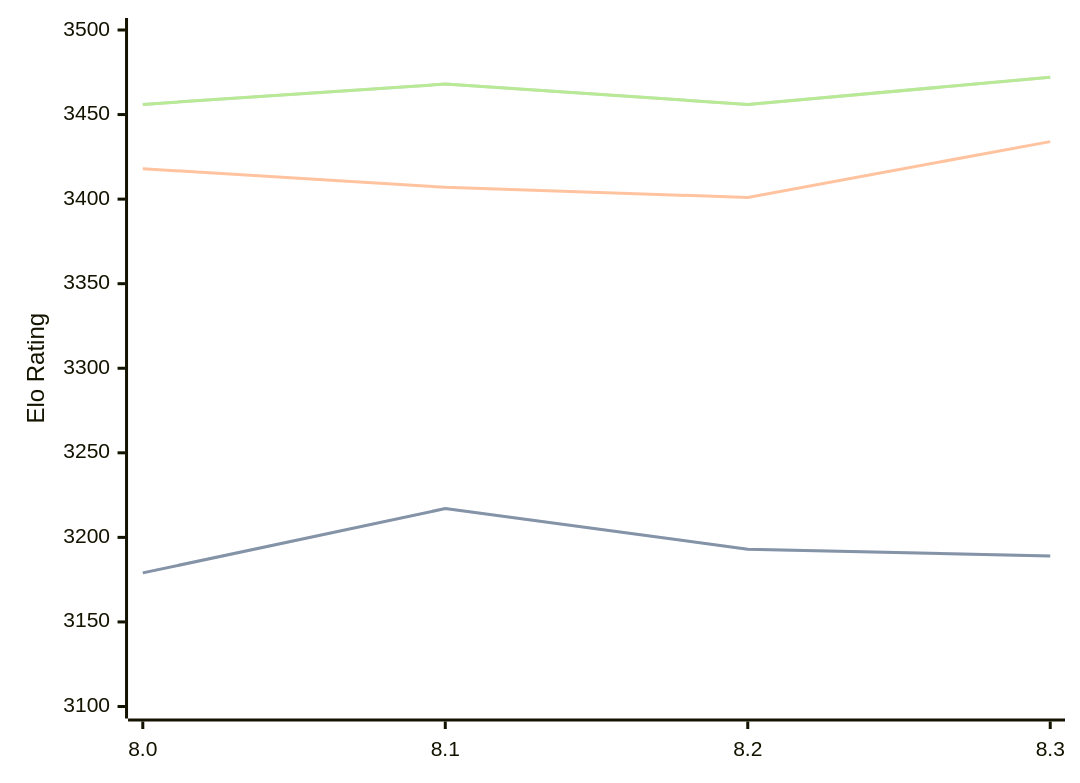
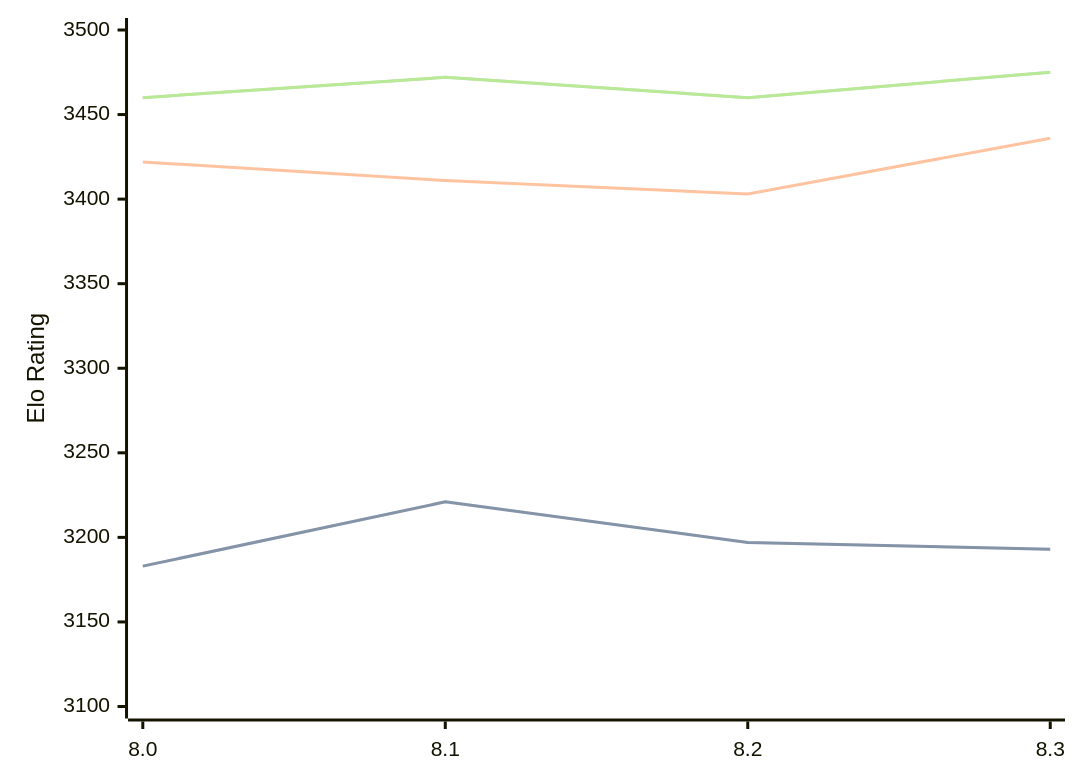
One commit to computer-chess-index/cci changed the diagram in engines/Alexander.md. Above: the diagram before and after it, drawn with Mermaid. The commit also changed other lines of this file, not shown here.

Commit message:
Update CCI Ratings (ELO VLTC) - 2026-05-02

````diff
--- a/engines/Alexander.md
+++ b/engines/Alexander.md
@@ -48,11 +48,11 @@
 ```mermaid
 %%{init: {"theme":"base","themeVariables":{"seriesColors:['#a3a3a3','#222221','#faa371']}}}%%
 xychart-beta
   x-axis ["8.0", "8.1", "8.2", "8.3"]
   y-axis "Elo Rating" 3100 --> 3500
-  line "STC (8.0+0.08s)" [3179, 3217, 3193, 3189]
-  line "STC (8.0+0.08s)" [3179, 3217, 3193, 3189]
-  line "LTC (60.0+0.60s)" [3418, 3407, 3401, 3434]
-  line "VLTC (2m24s+1.12s)" [3456, 3468, 3456, 3472]
-  line "VLTC (2m24s+1.12s)" [3456, 3468, 3456, 3472]
+  line "STC (8.0+0.08s)" [3183, 3221, 3197, 3193]
+  line "STC (8.0+0.08s)" [3183, 3221, 3197, 3193]
+  line "LTC (60.0+0.60s)" [3422, 3411, 3403, 3436]
+  line "VLTC (2m24s+1.12s)" [3460, 3472, 3460, 3475]
+  line "VLTC (2m24s+1.12s)" [3460, 3472, 3460, 3475]
 ```
````
